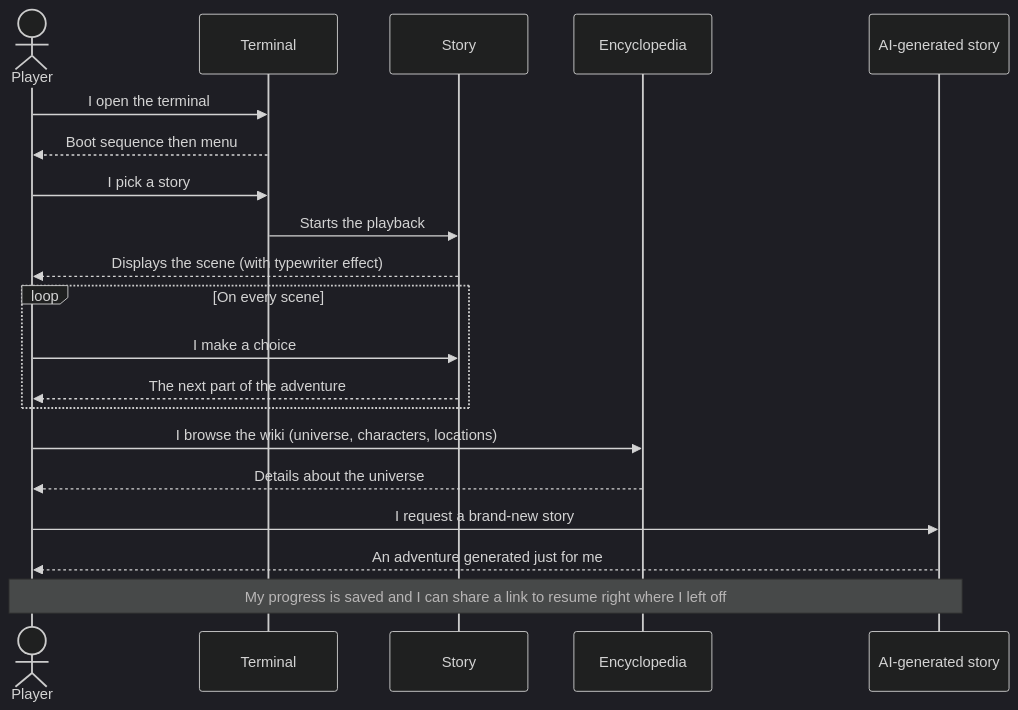
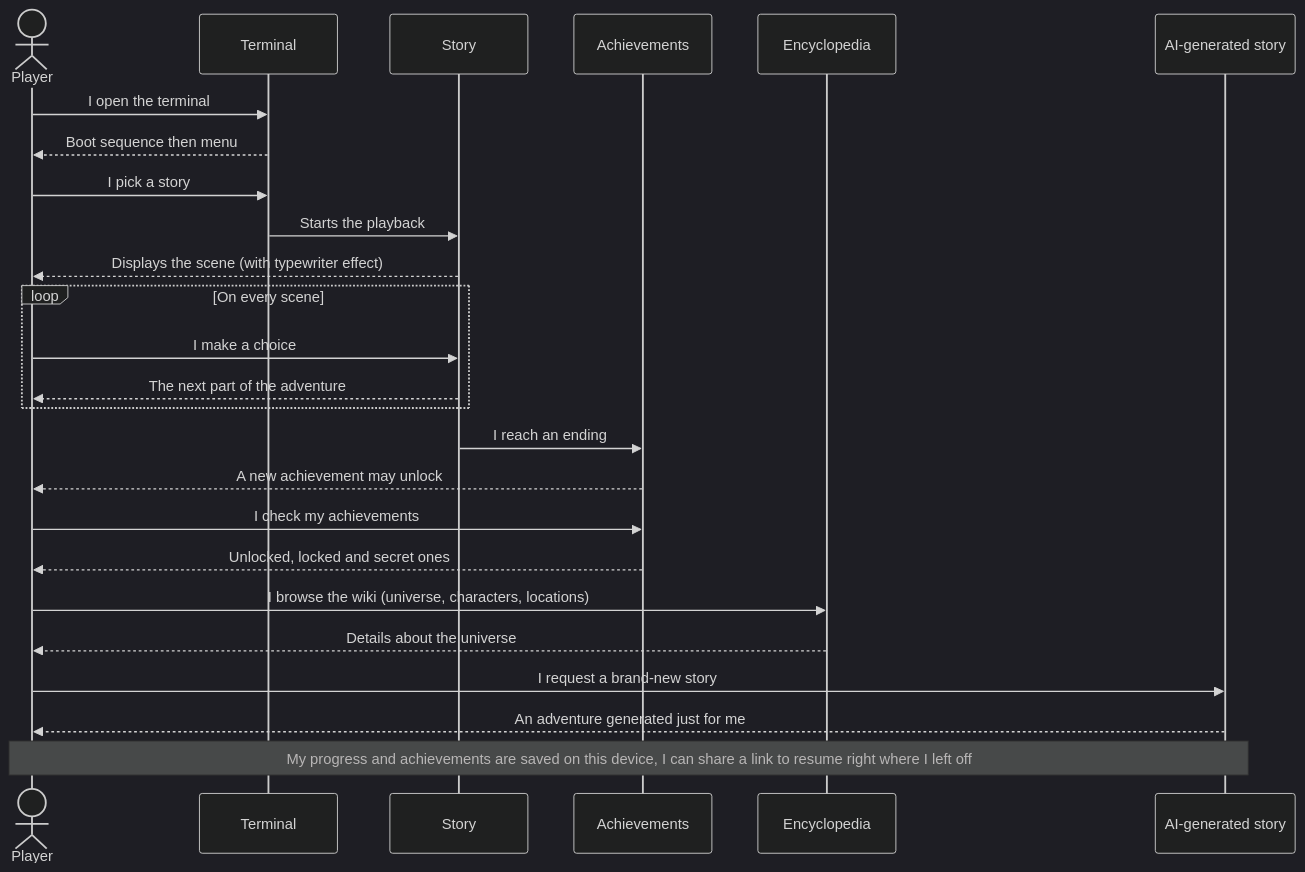
The second of 2 diagrams in README.md (FlorianLeChat/Terminal-Stories), drawn with Mermaid (dark theme) before and after one commit. The commit also changed other lines of this file and 25 other files, not shown here.

Commit message:
feat(story): add a Steam-style achievement system with custom icons

````diff
--- a/README.md
+++ b/README.md
@@ -96,28 +103,35 @@
 ```mermaid
 sequenceDiagram
     actor Player as Player
     participant Terminal as Terminal
     participant Story as Story
+    participant Achievements as Achievements
     participant Encyclopedia as Encyclopedia
     participant AI as AI-generated story
 
     Player->>Terminal: I open the terminal
     Terminal-->>Player: Boot sequence then menu
 
     Player->>Terminal: I pick a story
     Terminal->>Story: Starts the playback
     Story-->>Player: Displays the scene (with typewriter effect)
 
     loop On every scene
         Player->>Story: I make a choice
         Story-->>Player: The next part of the adventure
     end
 
+    Story->>Achievements: I reach an ending
+    Achievements-->>Player: A new achievement may unlock
+
+    Player->>Achievements: I check my achievements
+    Achievements-->>Player: Unlocked, locked and secret ones
+
     Player->>Encyclopedia: I browse the wiki (universe, characters, locations)
     Encyclopedia-->>Player: Details about the universe
 
     Player->>AI: I request a brand-new story
     AI-->>Player: An adventure generated just for me
 
-    Note over Player,AI: My progress is saved and I can share a link to resume right where I left off
+    Note over Player,AI: My progress and achievements are saved on this device, I can share a link to resume right where I left off
 ```
````
